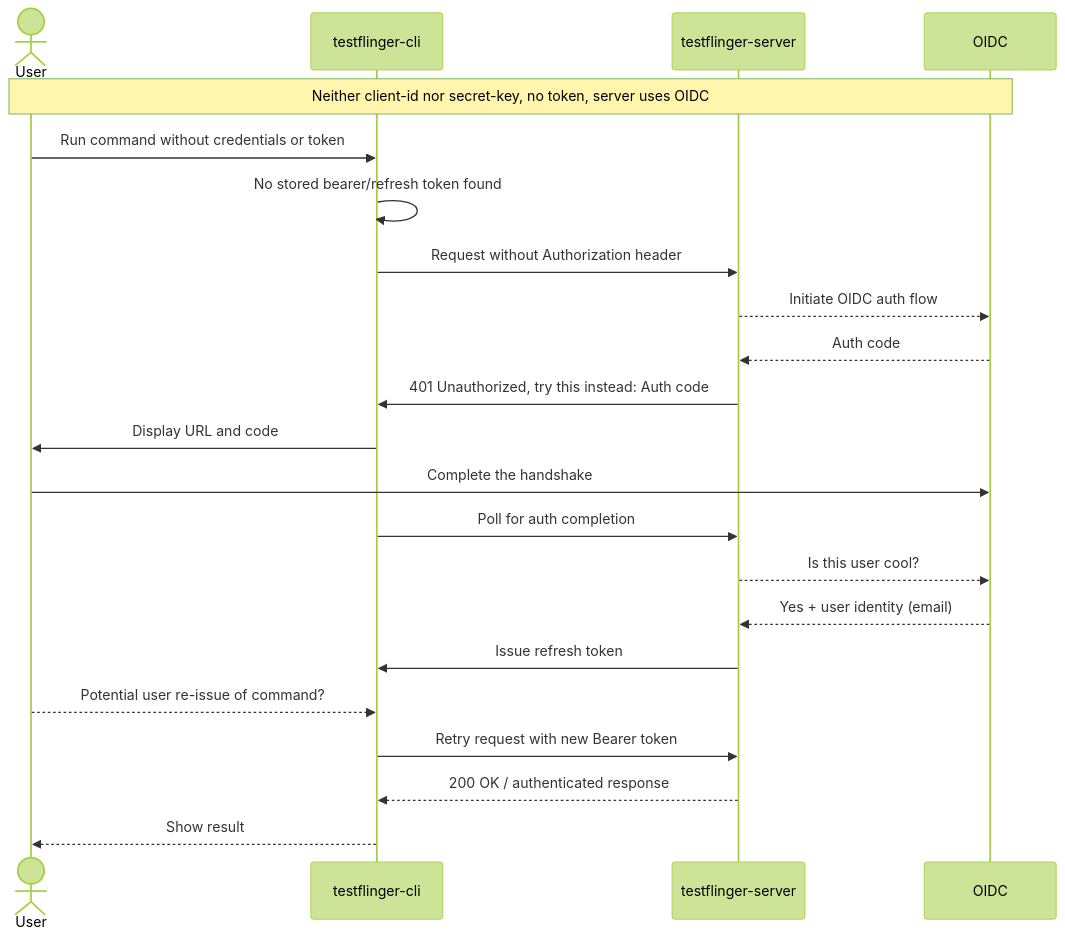
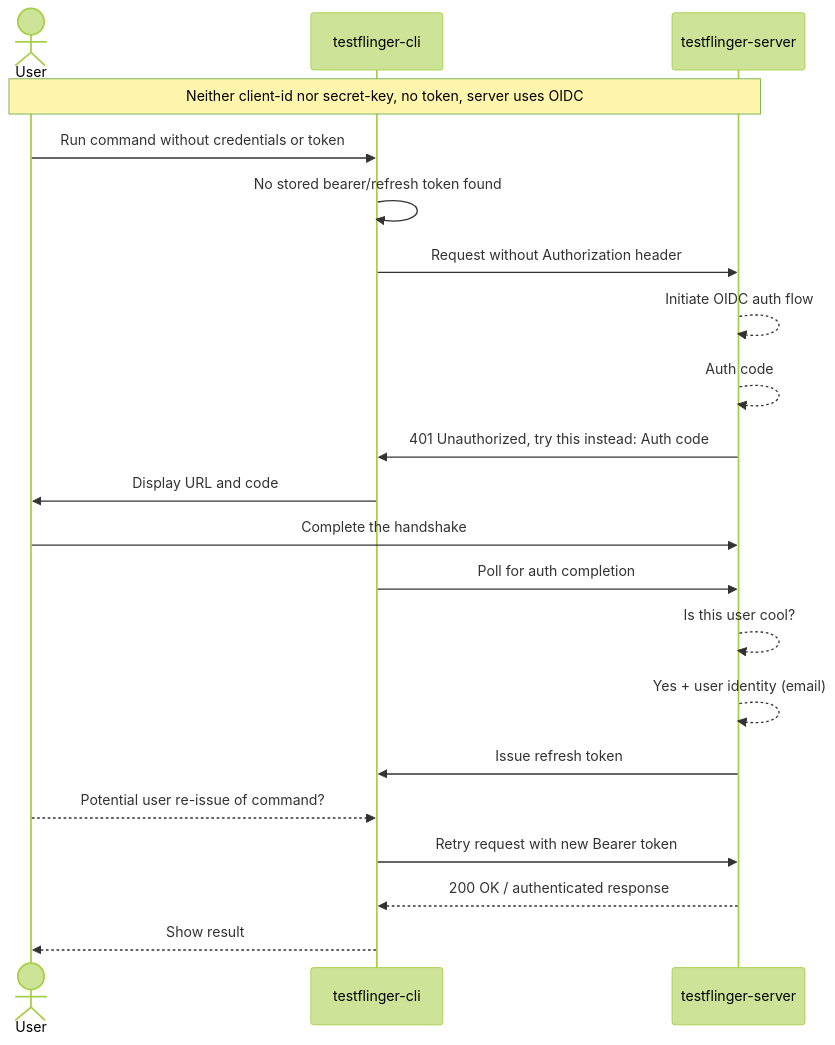
The fourth of 7 diagrams in docs/explanation/authentication.rst (canonical/testflinger), drawn with Mermaid (forest theme) before and after one commit. The commit also changed other lines of this file, not shown here.

Commit message:
docs: replace OIDC participant references with Server in mermaid diagrams

```diff
--- a/docs/explanation/authentication.rst
+++ b/docs/explanation/authentication.rst
@@ -114,27 +114,27 @@
 .. mermaid::
     :alt: Sequence diagram showing a refresh token being used and accepted
     :caption: Sequence diagram showing a refresh token being used and accepted
     :align: center
 
     sequenceDiagram
         actor User
         participant CLI as testflinger-cli
         participant Server as testflinger-server
 
-        Note over User,OIDC: Neither client-id nor secret-key, no token, server uses OIDC
+        Note over User,Server: Neither client-id nor secret-key, no token, server uses OIDC
         User->>CLI: Run command without credentials or token
         CLI->>CLI: No stored bearer/refresh token found
         CLI->>Server: Request without Authorization header
-        Server-->>OIDC: Initiate OIDC auth flow
-        OIDC-->>Server: Auth code
+        Server-->>Server: Initiate OIDC auth flow
+        Server-->>Server: Auth code
         Server->>CLI: 401 Unauthorized, try this instead: Auth code
         CLI->>User: Display URL and code
-        User->>OIDC: Complete the handshake
+        User->>Server: Complete the handshake
         CLI->>Server: Poll for auth completion
-        Server-->>OIDC: Is this user cool?
-        OIDC-->>Server: Yes + user identity (email)
+        Server-->>Server: Is this user cool?
+        Server-->>Server: Yes + user identity (email)
         Server->>CLI: Issue refresh token
         User-->>CLI: Potential user re-issue of command?
         CLI->>Server: Retry request with new Bearer token
         Server-->>CLI: 200 OK / authenticated response
         CLI-->>User: Show result
```
